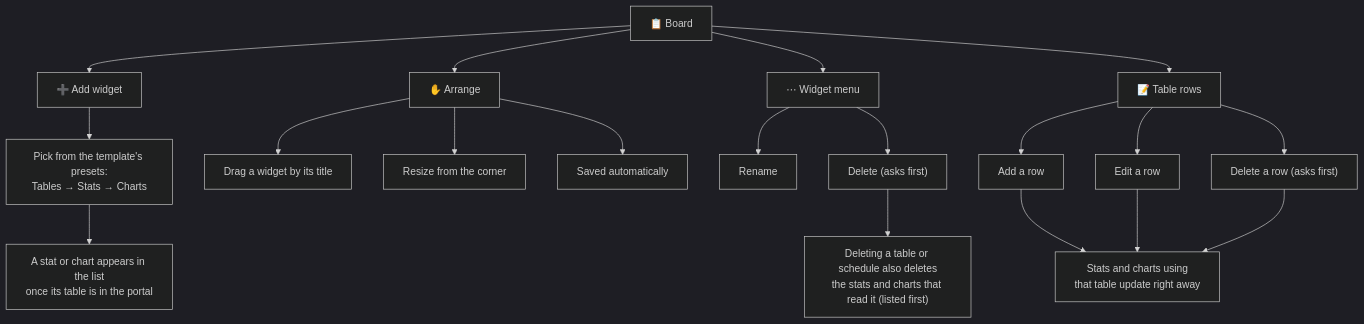
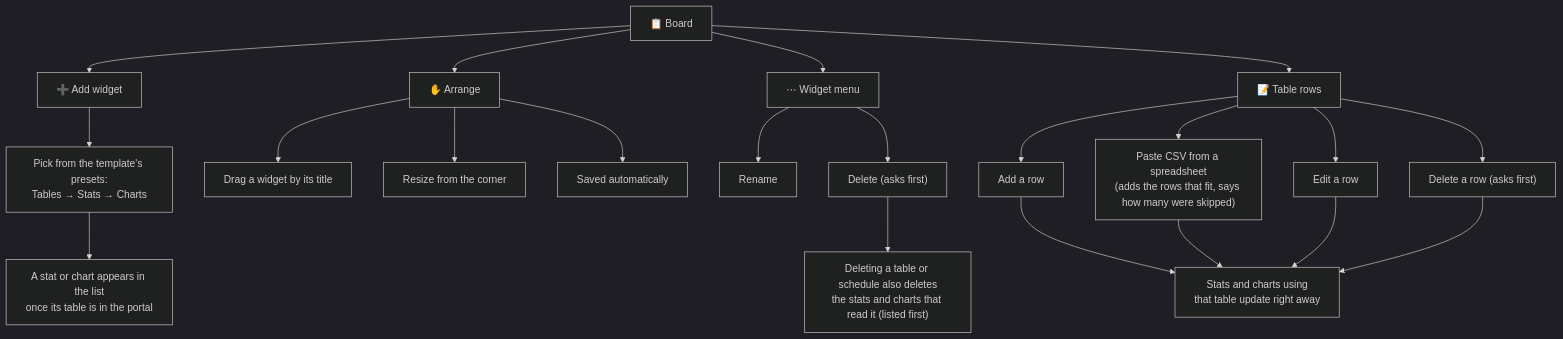
The second of 4 diagrams in docs/how-it-works/users.md (bbfrancis23/portal-boards), drawn with Mermaid (dark theme) before and after one commit. The commit also changed 11 other files, not shown here.

Commit message:
csv - spreadsheet upload (#171)

````diff
--- a/docs/how-it-works/users.md
+++ b/docs/how-it-works/users.md
@@ -26,26 +26,28 @@
 ```mermaid
 flowchart TD
     Board["📋 Board"]
 
     Board --> Add["➕ Add widget"]
     Add --> Presets["Pick from the template's presets:<br/>Tables → Stats → Charts"]
     Presets --> Note["A stat or chart appears in the list<br/>once its table is in the portal"]
 
     Board --> Arrange["✋ Arrange"]
     Arrange --> Drag["Drag a widget by its title"]
     Arrange --> Resize["Resize from the corner"]
     Arrange --> Saved["Saved automatically"]
 
     Board --> Menu["⋯ Widget menu"]
     Menu --> Rename["Rename"]
     Menu --> Delete["Delete (asks first)"]
     Delete --> DelData["Deleting a table or schedule also deletes<br/>the stats and charts that read it (listed first)"]
 
     Board --> Rows["📝 Table rows"]
     Rows --> AddRow["Add a row"]
+    Rows --> PasteCsv["Paste CSV from a spreadsheet<br/>(adds the rows that fit, says how many were skipped)"]
     Rows --> EditRow["Edit a row"]
     Rows --> DelRow["Delete a row (asks first)"]
     AddRow --> Live["Stats and charts using<br/>that table update right away"]
+    PasteCsv --> Live
     EditRow --> Live
     DelRow --> Live
 ```
````
